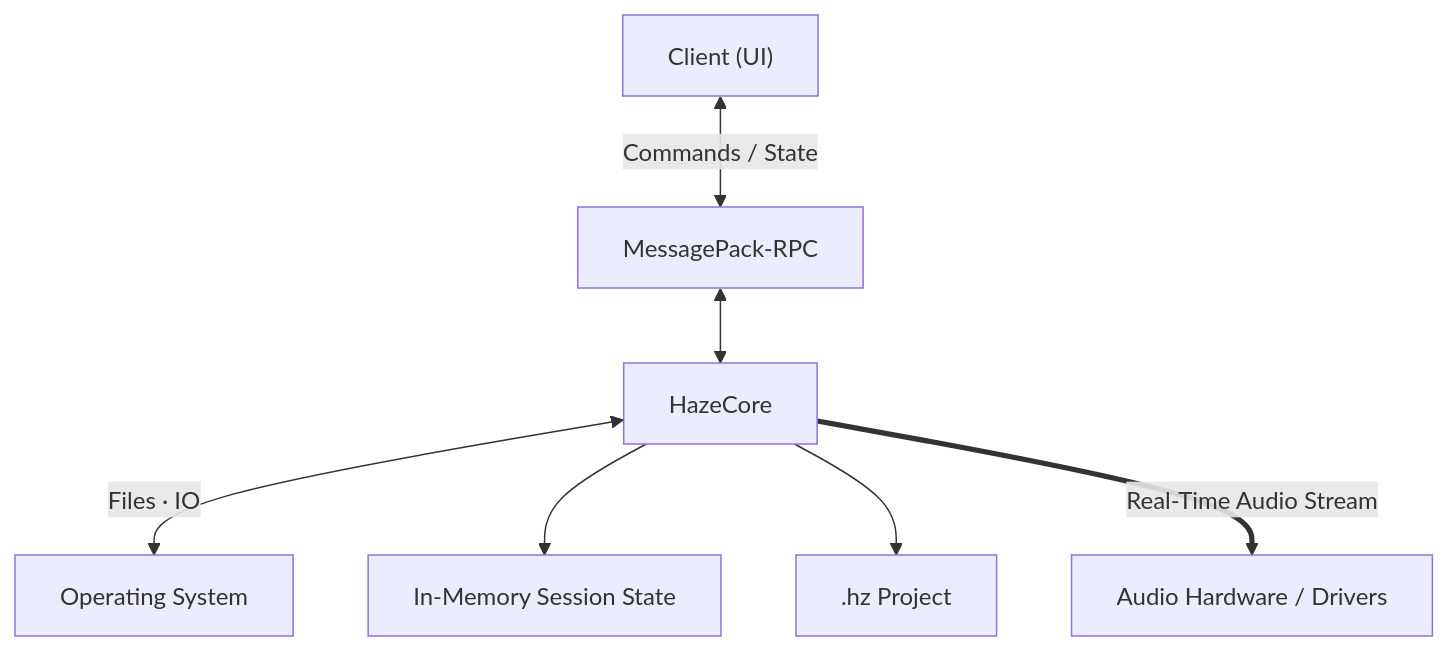
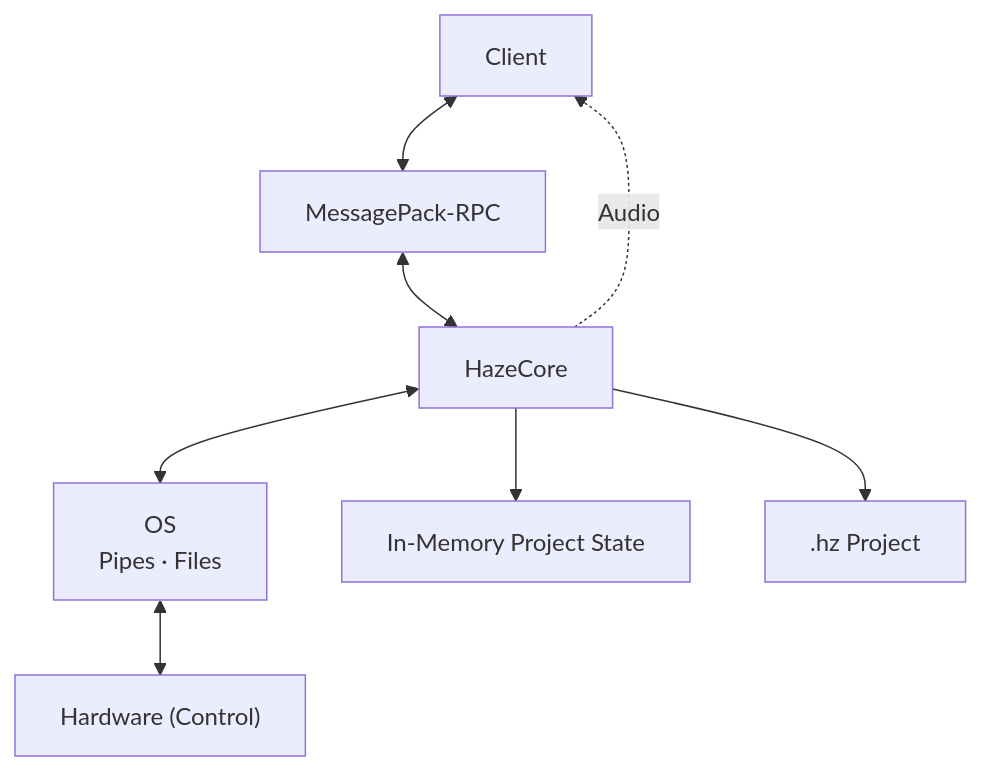
The diagram in README.md (KiamMota/haze), drawn with Mermaid before and after one commit. The commit also changed 78 other files, not shown here.

````diff
--- a/README.md
+++ b/README.md
@@ -13,18 +13,19 @@
 ``` mermaid
-graph TD
-    Client["Client (UI)"]
+graph TD;
+    Client["Client"]
     RPC["MessagePack-RPC"]
     Core["HazeCore"]
-    AudioHW["Audio Hardware / Drivers"]
+    OS["OS<br/>Pipes · Files"]
+    Hardware["Hardware (Control)"]
 
-    Client <-->|Commands / State| RPC
-    RPC <--> Core
+    Client <--> RPC;
+    RPC <--> Core;
+    Core <--> OS;
+    OS <--> Hardware;
 
-    Core <-->|Files · IO| OS["Operating System"]
-    Core --> Project["In-Memory Session State"]
-    Core --> File[".hz Project"]
+    Core --> Project["In-Memory Project State"];
+    Core --> File[".hz Project"];
 
-    Core ==>|Real-Time Audio Stream| AudioHW
-
+    Core -.->|Audio| Client;
 
 ```
````
